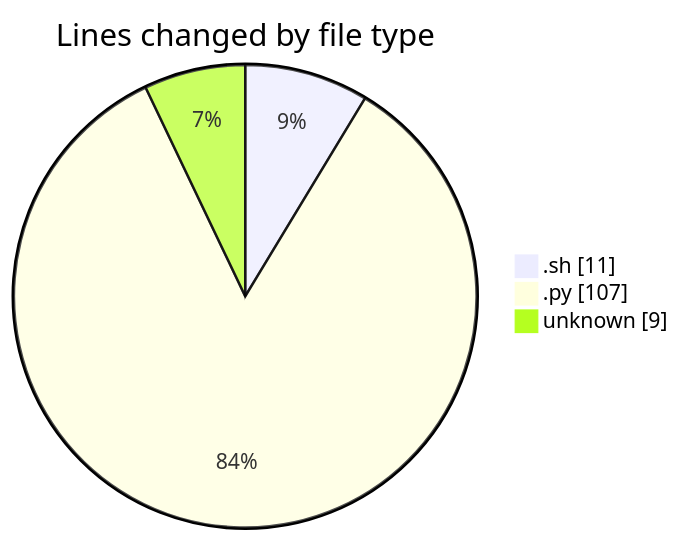
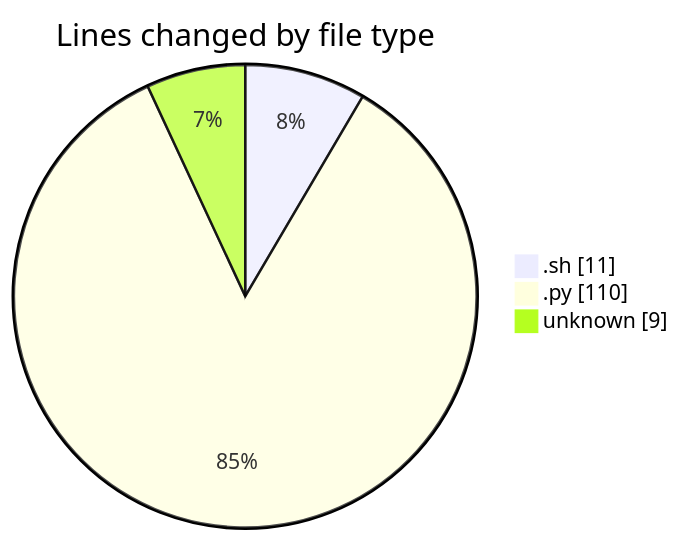
The first of 2 diagrams in 2025-01-25/samplepdf/README.md (momahboobian/code-tracking), drawn with Mermaid before and after one commit. The commit also changed other lines of this file and 1 other file, not shown here.

````diff
--- a/2025-01-25/samplepdf/README.md
+++ b/2025-01-25/samplepdf/README.md
@@ -23,7 +24,7 @@
 ```mermaid
 pie showData
 title Lines changed by file type
 ".sh" : 11
-".py" : 107
+".py" : 110
 "unknown" : 9
 ```
````
